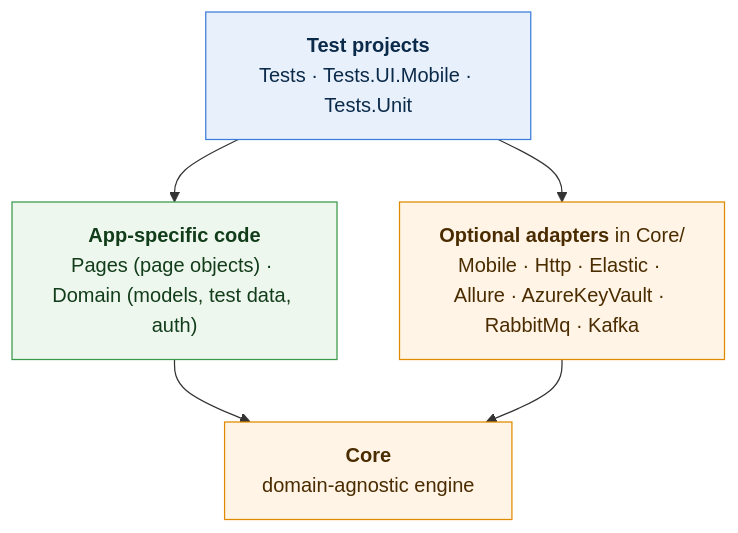
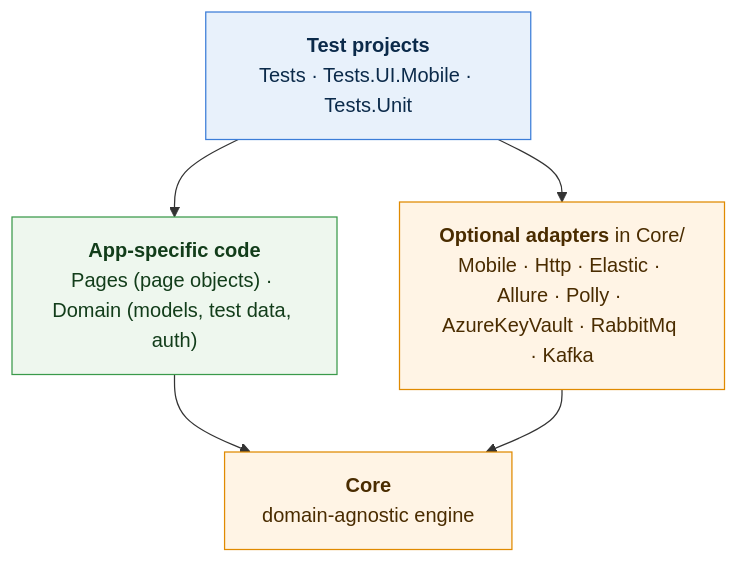
The first of 6 diagrams in docs/DIAGRAMS.md (ravs788/complete-test-automation-fmw), drawn with Mermaid before and after one commit. The commit also changed other lines of this file and 33 other files, not shown here.

````diff
--- a/docs/DIAGRAMS.md
+++ b/docs/DIAGRAMS.md
@@ -20,19 +20,19 @@
 ```mermaid
 flowchart TB
     TESTS["<b>Test projects</b><br/>Tests · Tests.UI.Mobile · Tests.Unit"]
     APP["<b>App-specific code</b><br/>Pages (page objects) · Domain (models, test data, auth)"]
-    ADDONS["<b>Optional adapters</b> in Core/<br/>Mobile · Http · Elastic · Allure · AzureKeyVault · RabbitMq · Kafka"]
+    ADDONS["<b>Optional adapters</b> in Core/<br/>Mobile · Http · Elastic · Allure · Polly · AzureKeyVault · RabbitMq · Kafka"]
     CORE["<b>Core</b><br/>domain-agnostic engine"]
 
     TESTS --> APP
     TESTS --> ADDONS
     APP --> CORE
     ADDONS --> CORE
 
     classDef test fill:#e8f1fb,stroke:#3b7dd8,color:#0b2a4a
     classDef app fill:#eef7ee,stroke:#3a9a4a,color:#123d1a
     classDef core fill:#fff4e5,stroke:#e08a00,color:#4a2c00
     class TESTS test
     class APP app
     class ADDONS,CORE core
 ```
````
